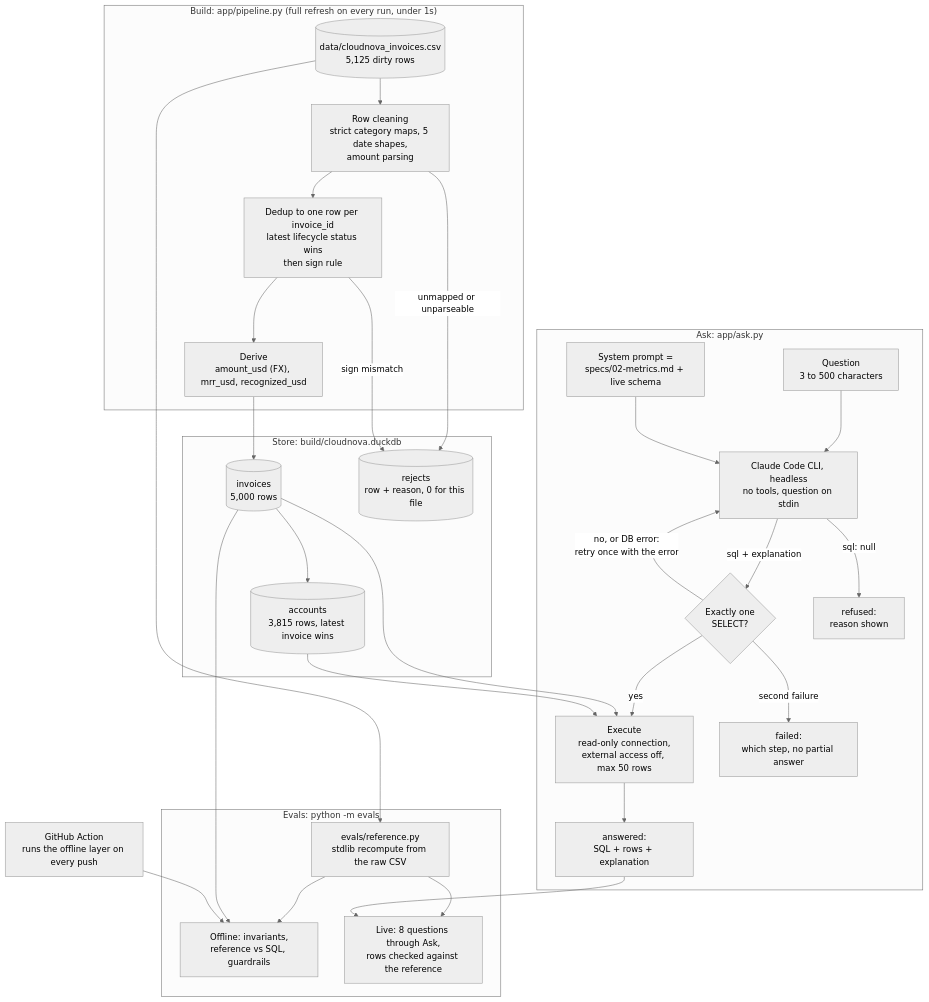
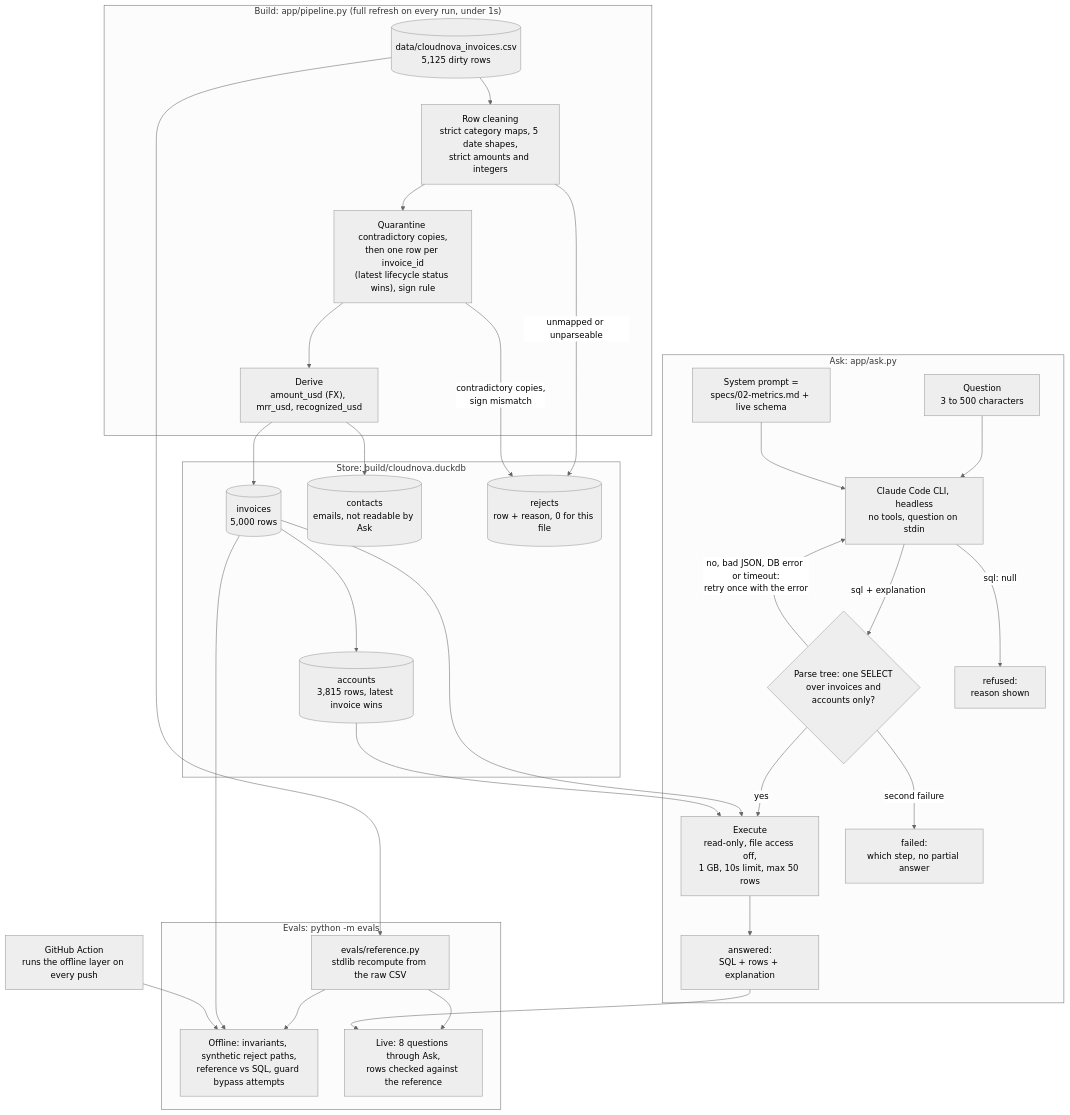
One commit to DeepakSaini2530/cloudnova-revenue-qa changed the diagram in docs/architecture.md. Above: the diagram before and after it, drawn with Mermaid (neutral theme). The commit also changed other lines of this file and 4 other files, not shown here.

````diff
--- a/docs/architecture.md
+++ b/docs/architecture.md
@@ -5,54 +5,56 @@
 ```mermaid
 flowchart TD
     subgraph BUILD["Build: app/pipeline.py (full refresh on every run, under 1s)"]
         CSV[("data/cloudnova_invoices.csv<br/>5,125 dirty rows")]
-        CLEAN["Row cleaning<br/>strict category maps, 5 date shapes,<br/>amount parsing"]
-        DEDUP["Dedup to one row per invoice_id<br/>latest lifecycle status wins<br/>then sign rule"]
+        CLEAN["Row cleaning<br/>strict category maps, 5 date shapes,<br/>strict amounts and integers"]
+        DEDUP["Quarantine contradictory copies,<br/>then one row per invoice_id<br/>(latest lifecycle status wins), sign rule"]
         DERIVE["Derive<br/>amount_usd (FX), mrr_usd, recognized_usd"]
         CSV --> CLEAN --> DEDUP --> DERIVE
     end
 
     subgraph STORE["Store: build/cloudnova.duckdb"]
         INV[("invoices<br/>5,000 rows")]
         ACC[("accounts<br/>3,815 rows, latest invoice wins")]
+        CON[("contacts<br/>emails, not readable by Ask")]
         REJ[("rejects<br/>row + reason, 0 for this file")]
     end
 
     DERIVE --> INV --> ACC
+    DERIVE --> CON
     CLEAN -- "unmapped or unparseable" --> REJ
-    DEDUP -- "sign mismatch" --> REJ
+    DEDUP -- "contradictory copies,<br/>sign mismatch" --> REJ
 
     subgraph ASK["Ask: app/ask.py"]
         Q["Question<br/>3 to 500 characters"]
         PROMPT["System prompt =<br/>specs/02-metrics.md + live schema"]
         LLM["Claude Code CLI, headless<br/>no tools, question on stdin"]
-        GUARD{"Exactly one<br/>SELECT?"}
-        EXEC["Execute<br/>read-only connection,<br/>external access off, max 50 rows"]
+        GUARD{"Parse tree: one SELECT<br/>over invoices and<br/>accounts only?"}
+        EXEC["Execute<br/>read-only, file access off,<br/>1 GB, 10s limit, max 50 rows"]
         OUT["answered:<br/>SQL + rows + explanation"]
         REFUSED["refused:<br/>reason shown"]
         FAILED["failed:<br/>which step, no partial answer"]
         Q --> LLM
         PROMPT --> LLM
         LLM -- "sql + explanation" --> GUARD
         LLM -- "sql: null" --> REFUSED
         GUARD -- yes --> EXEC --> OUT
-        GUARD -- "no, or DB error:<br/>retry once with the error" --> LLM
+        GUARD -- "no, bad JSON, DB error or timeout:<br/>retry once with the error" --> LLM
         GUARD -- "second failure" --> FAILED
     end
 
     INV --> EXEC
     ACC --> EXEC
 
     subgraph EVALS["Evals: python -m evals"]
         REF["evals/reference.py<br/>stdlib recompute from the raw CSV"]
-        OFF["Offline: invariants,<br/>reference vs SQL, guardrails"]
+        OFF["Offline: invariants, synthetic reject paths,<br/>reference vs SQL, guard bypass attempts"]
         NL["Live: 8 questions through Ask,<br/>rows checked against the reference"]
         REF --> OFF
         REF --> NL
     end
 
     CSV --> REF
     INV --> OFF
     OUT --> NL
     CI["GitHub Action<br/>runs the offline layer on every push"] --> OFF
 ```
````
